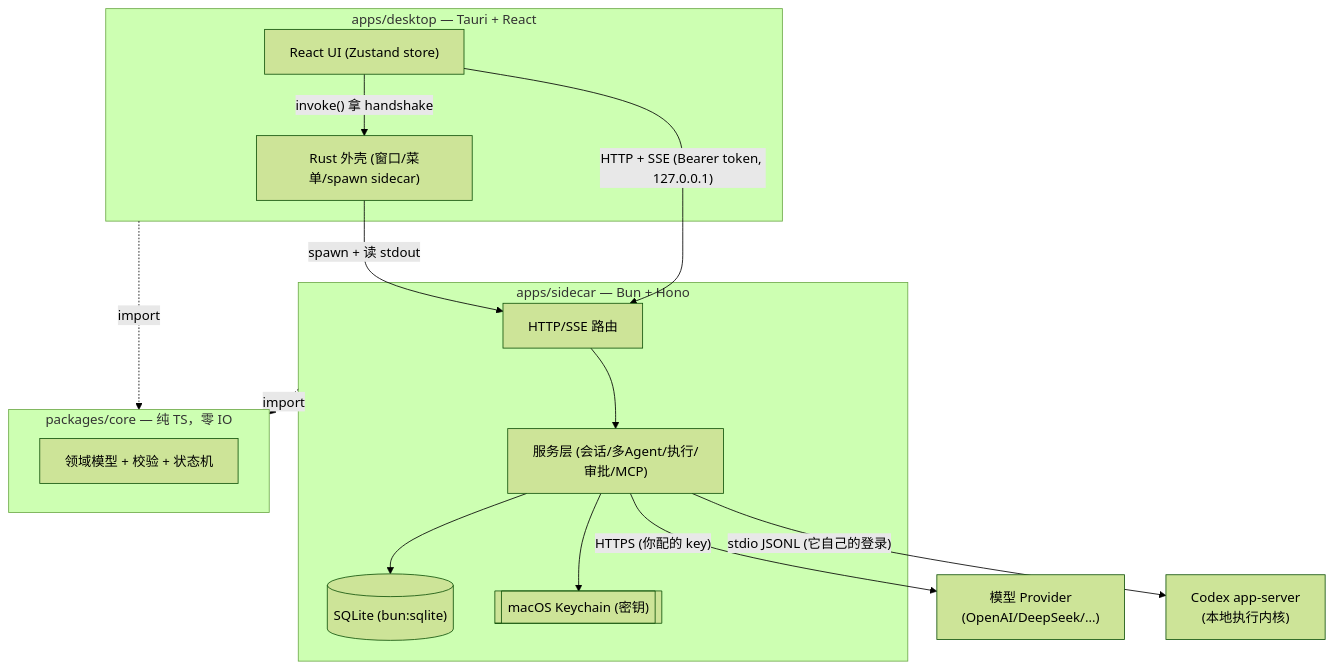
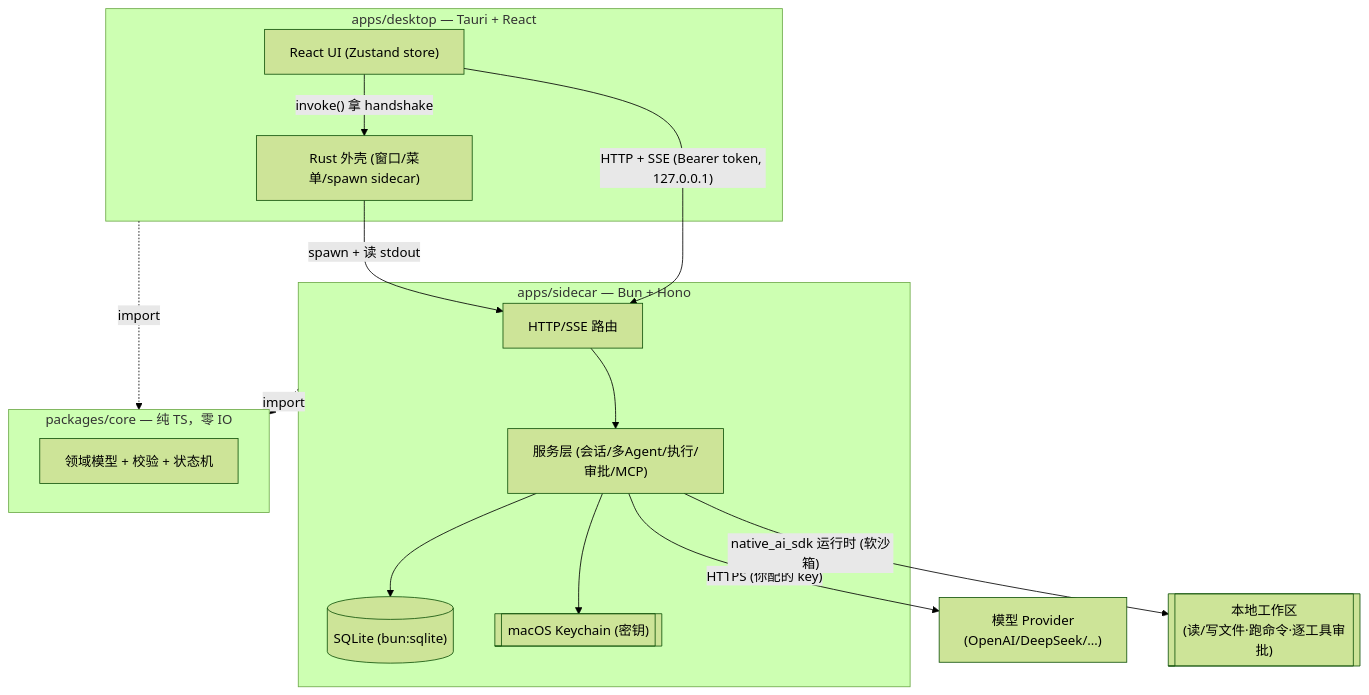
One commit to Haosen-Zhang/Socrates changed the first of 7 diagrams in doc/architecture.md. Above: the diagram before and after it, drawn with Mermaid (forest theme). The commit also changed other lines of this file and 2 other files, not shown here.

First line of the commit message:
docs: 同步架构文档到现状（Codex 已移除、native 执行、成员管理）

````diff
--- a/doc/architecture.md
+++ b/doc/architecture.md
@@ -18,28 +18,28 @@
 ```mermaid
 graph TB
   subgraph desktop["apps/desktop — Tauri + React"]
     UI["React UI (Zustand store)"]
     Rust["Rust 外壳 (窗口/菜单/spawn sidecar)"]
   end
   subgraph sidecar["apps/sidecar — Bun + Hono"]
     HTTP["HTTP/SSE 路由"]
     Svc["服务层 (会话/多Agent/执行/审批/MCP)"]
     DB[("SQLite (bun:sqlite)")]
     KC[["macOS Keychain (密钥)"]]
   end
   subgraph core["packages/core — 纯 TS，零 IO"]
     Domain["领域模型 + 校验 + 状态机"]
   end
   Ext["模型 Provider<br/>(OpenAI/DeepSeek/…)"]
-  Codex["Codex app-server<br/>(本地执行内核)"]
+  WS[["本地工作区<br/>(读/写文件·跑命令·逐工具审批)"]]
 
   UI -->|"invoke() 拿 handshake"| Rust
   Rust -->|"spawn + 读 stdout"| HTTP
   UI -->|"HTTP + SSE (Bearer token, 127.0.0.1)"| HTTP
   HTTP --> Svc --> DB
   Svc --> KC
   Svc -->|"HTTPS (你配的 key)"| Ext
-  Svc -->|"stdio JSONL (它自己的登录)"| Codex
+  Svc -->|"native_ai_sdk 运行时 (软沙箱)"| WS
   desktop -.->|"import"| core
   sidecar -.->|"import"| core
 ```
````
